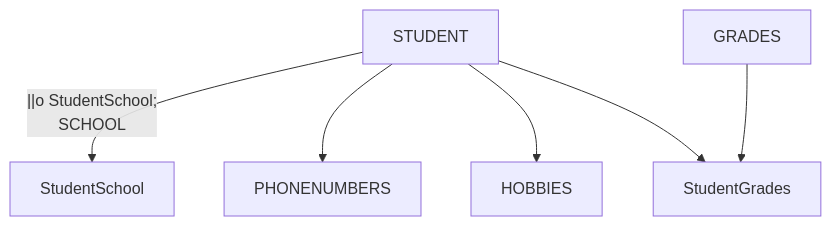
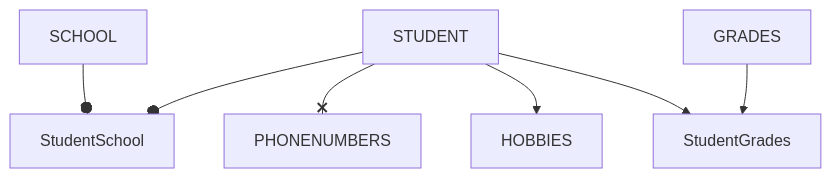
The diagram in README.md (HannahDJU22/db2022-Projekt1), drawn with Mermaid before and after one commit.

````diff
--- a/README.md
+++ b/README.md
@@ -5,9 +5,9 @@
 ```mermaid
 flowchart TD;
-STUDENT --||o StudentSchool;
-SCHOOL --> StudentSchool;
-STUDENT --> PHONENUMBERS;
+STUDENT --o StudentSchool;
+SCHOOL --o StudentSchool;
+STUDENT --x PHONENUMBERS;
 STUDENT --> HOBBIES;
 STUDENT --> StudentGrades;
 GRADES --> StudentGrades;
 ```
````
